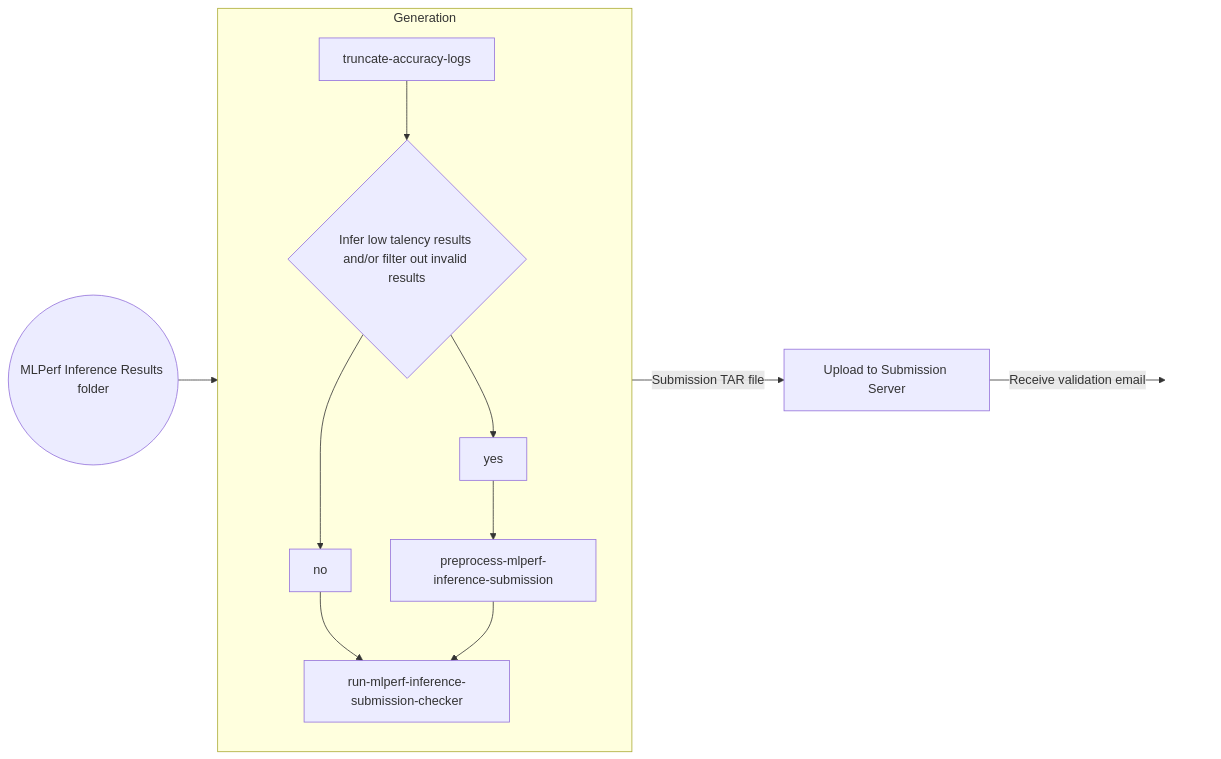
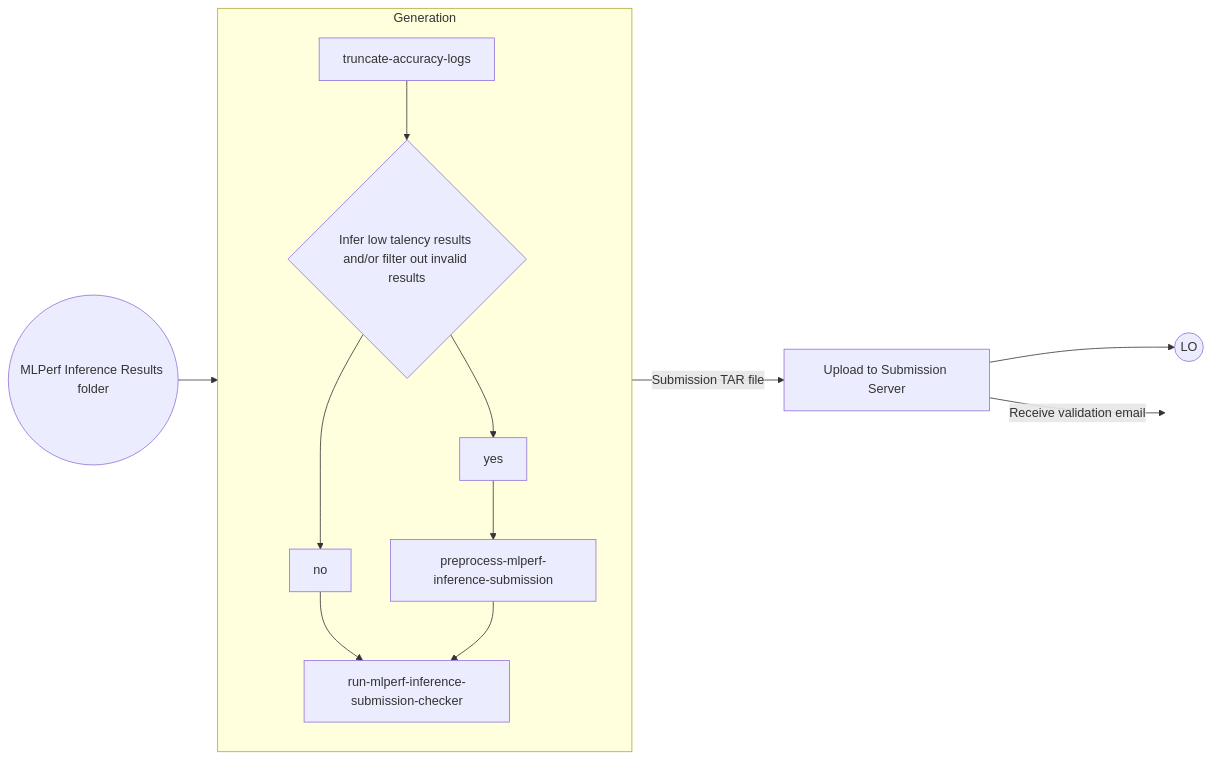
Before and after one commit to GATEOverflow/inference: the diagram in docs/submission/index.md, drawn with Mermaid.

````diff
--- a/docs/submission/index.md
+++ b/docs/submission/index.md
@@ -13,14 +13,15 @@
 ```mermaid
 flowchart LR
     classDef hidden fill:none,stroke:none;
     subgraph Generation
       direction TB
       C[truncate-accuracy-logs] --> D{Infer low talency results and/or filter out invalid results}
       D --> yes --> E[preprocess-mlperf-inference-submission]
       D --> no --> F[run-mlperf-inference-submission-checker]
       E --> F
     end
     Input((MLPerf Inference Results folder)) --> Generation
     Generation --  Submission TAR file --> H[Upload to Submission Server]
+    H --> Output((LO))
     H -- Receive validation email --> O[ ]:::hidden
 ```
````
